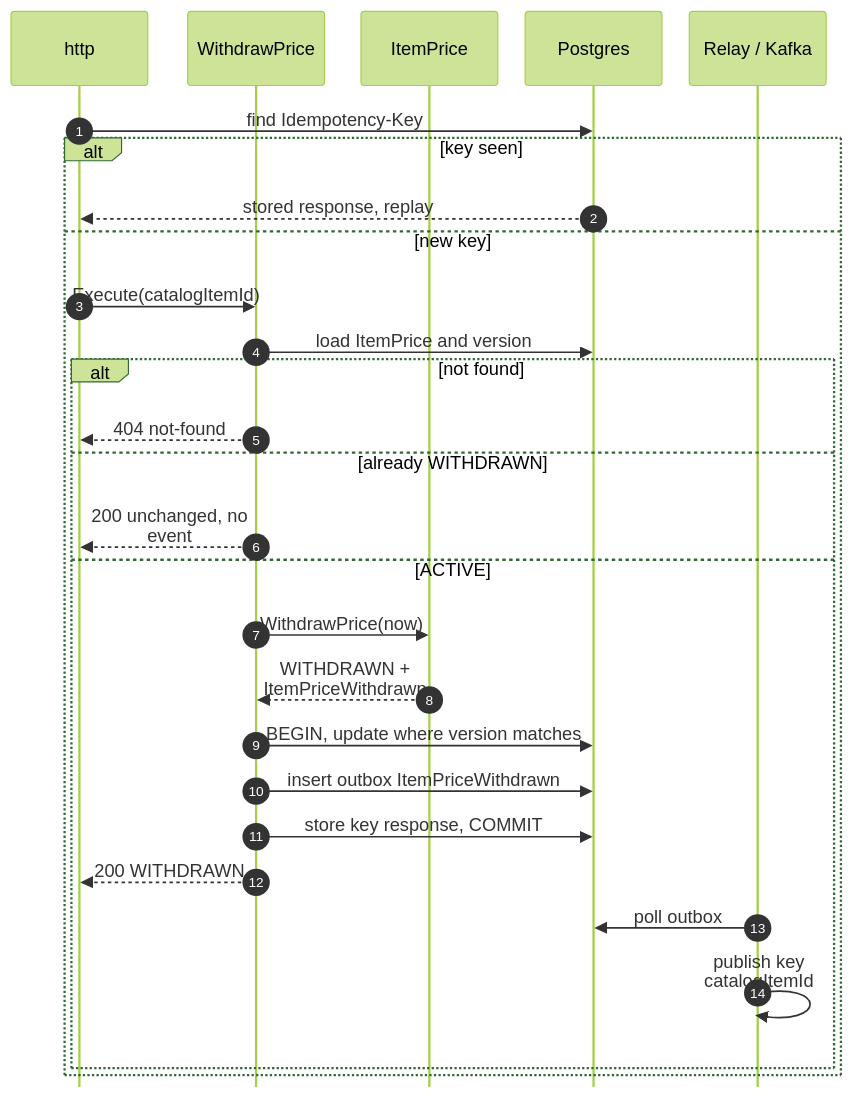
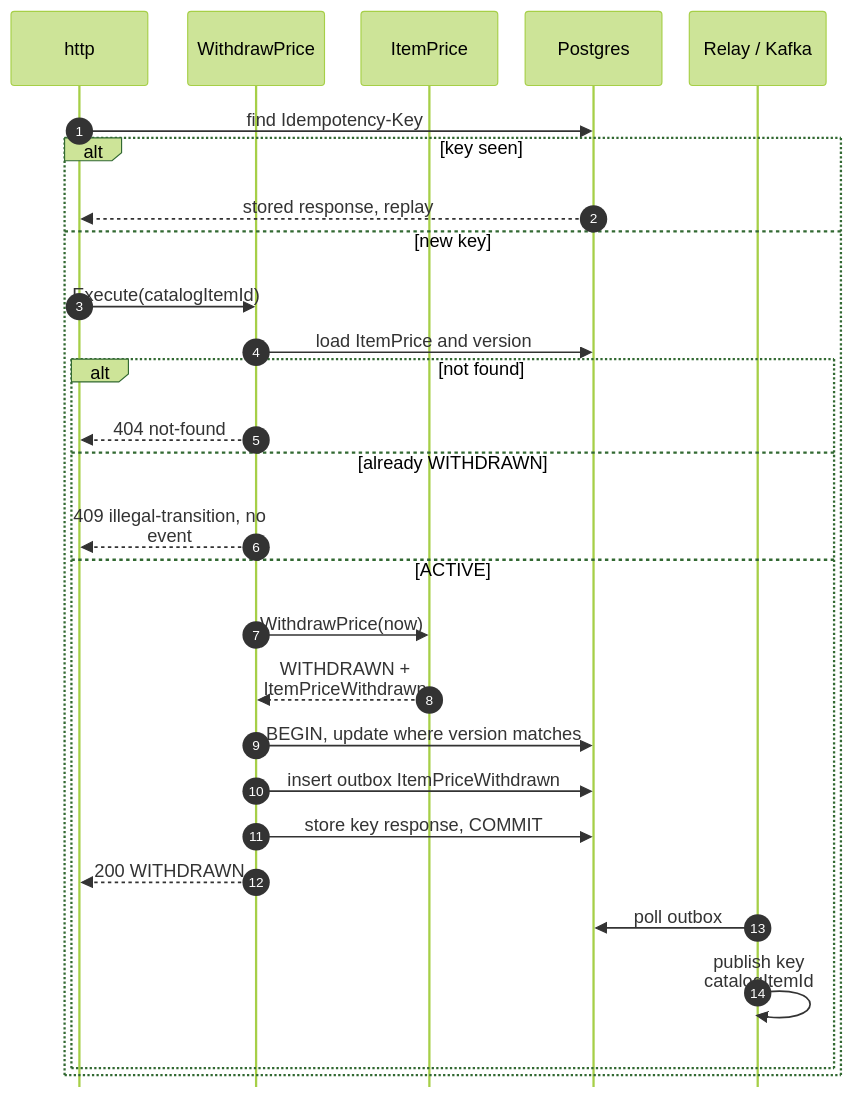
One commit to IQVO/warehouse-docs changed the fourth of 9 diagrams in storefront/docs/contexts/pricing/sequence-diagrams.md. Above: the diagram before and after it, drawn with Mermaid (forest theme). The commit also changed other lines of this file and 4 other files, not shown here.

````diff
--- a/storefront/docs/contexts/pricing/sequence-diagrams.md
+++ b/storefront/docs/contexts/pricing/sequence-diagrams.md
@@ -172,31 +179,31 @@
 ```mermaid
 %%{init: {"sequence": {"wrap": true, "width": 120, "actorMargin": 24, "messageMargin": 28, "boxMargin": 6, "noteMargin": 6, "mirrorActors": false}}}%%
 sequenceDiagram
     autonumber
     participant H as http
     participant UC as WithdrawPrice
     participant A as ItemPrice
     participant DB as Postgres
     participant K as Relay / Kafka
     H->>DB: find Idempotency-Key
     alt key seen
         DB-->>H: stored response, replay
     else new key
         H->>UC: Execute(catalogItemId)
         UC->>DB: load ItemPrice and version
         alt not found
             UC-->>H: 404 not-found
         else already WITHDRAWN
-            UC-->>H: 200 unchanged, no event
+            UC-->>H: 409 illegal-transition, no event
         else ACTIVE
             UC->>A: WithdrawPrice(now)
             A-->>UC: WITHDRAWN + ItemPriceWithdrawn
             UC->>DB: BEGIN, update where version matches
             UC->>DB: insert outbox ItemPriceWithdrawn
             UC->>DB: store key response, COMMIT
             UC-->>H: 200 WITHDRAWN
             K->>DB: poll outbox
             K->>K: publish key catalogItemId
         end
     end
 ```
````
